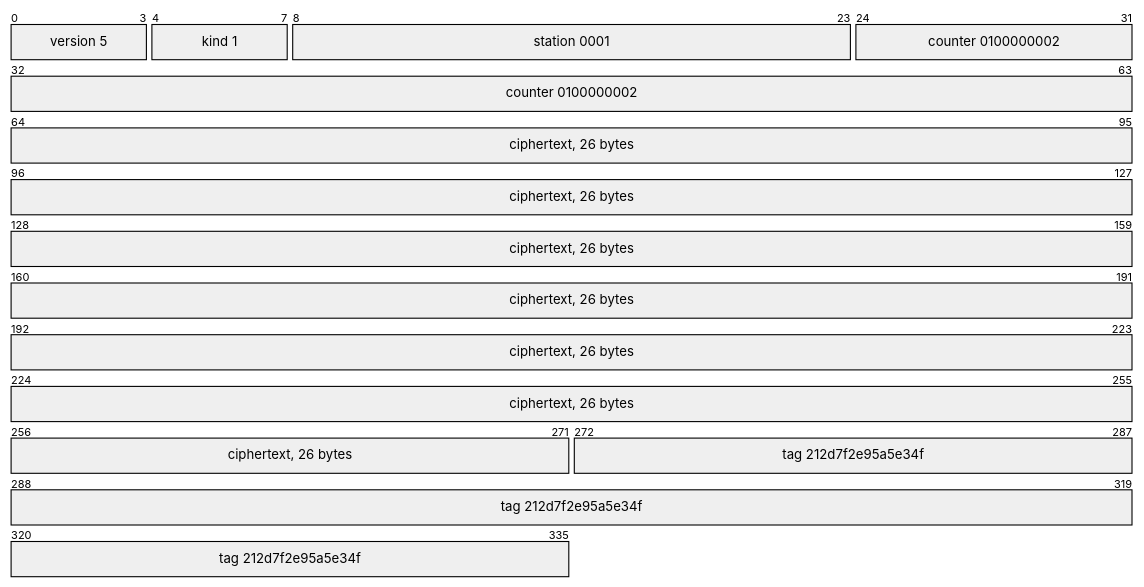
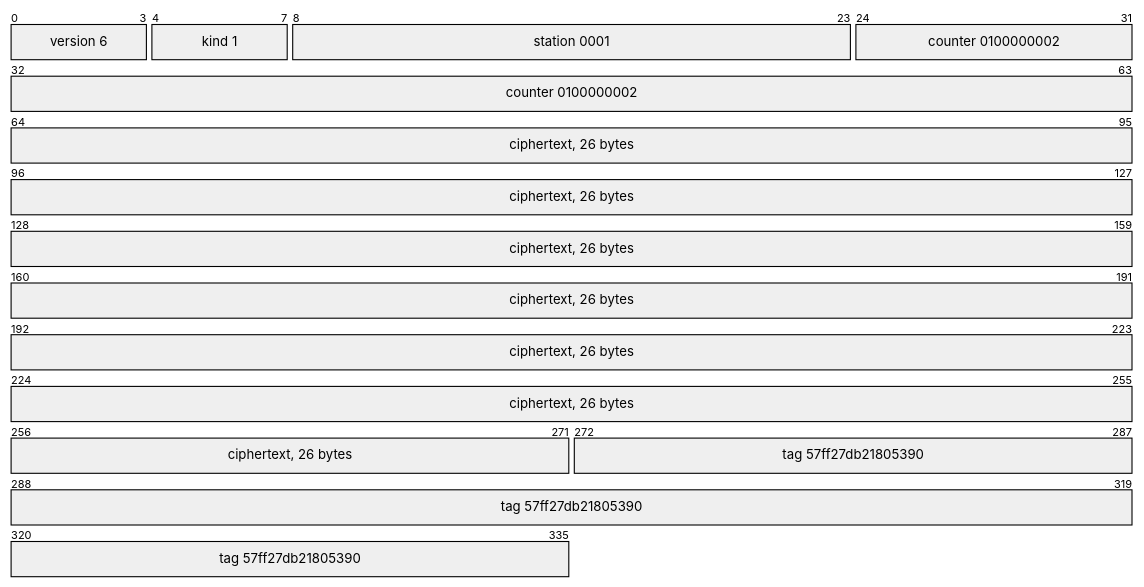
Diagram 19 of 22 in docs/protocol-stack.md (clintecker/weather-station-2026), drawn with Mermaid before and after one commit. The commit also changed other lines of this file and 303 other files, not shown here.

````diff
--- a/docs/protocol-stack.md
+++ b/docs/protocol-stack.md
@@ -891,9 +991,9 @@
 ```mermaid
 packet-beta
-  0-3: "version 5"
+  0-3: "version 6"
   4-7: "kind 1"
   8-23: "station 0001"
   24-63: "counter 0100000002"
   64-271: "ciphertext, 26 bytes"
-  272-335: "tag 212d7f2e95a5e34f"
+  272-335: "tag 57ff27db21805390"
 ```
````
